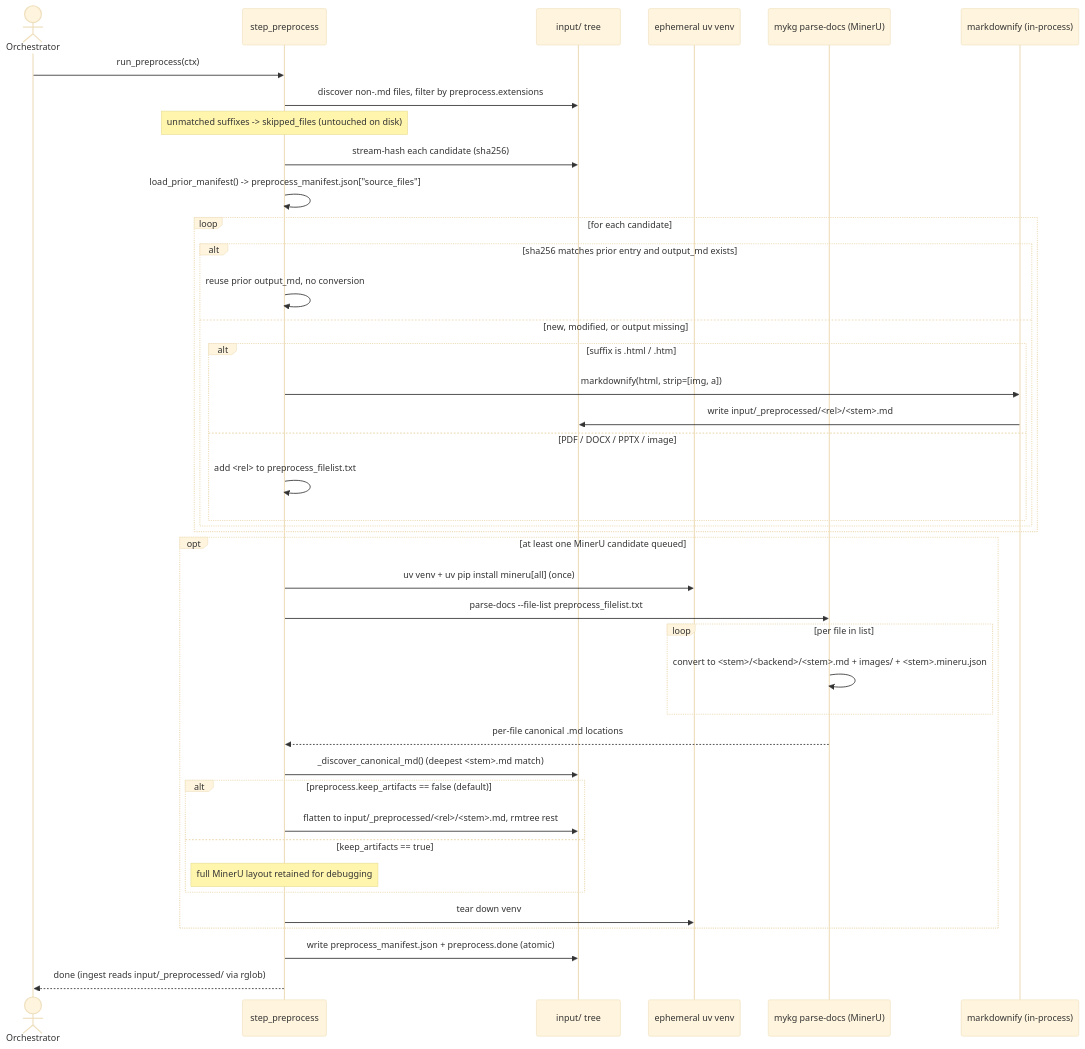
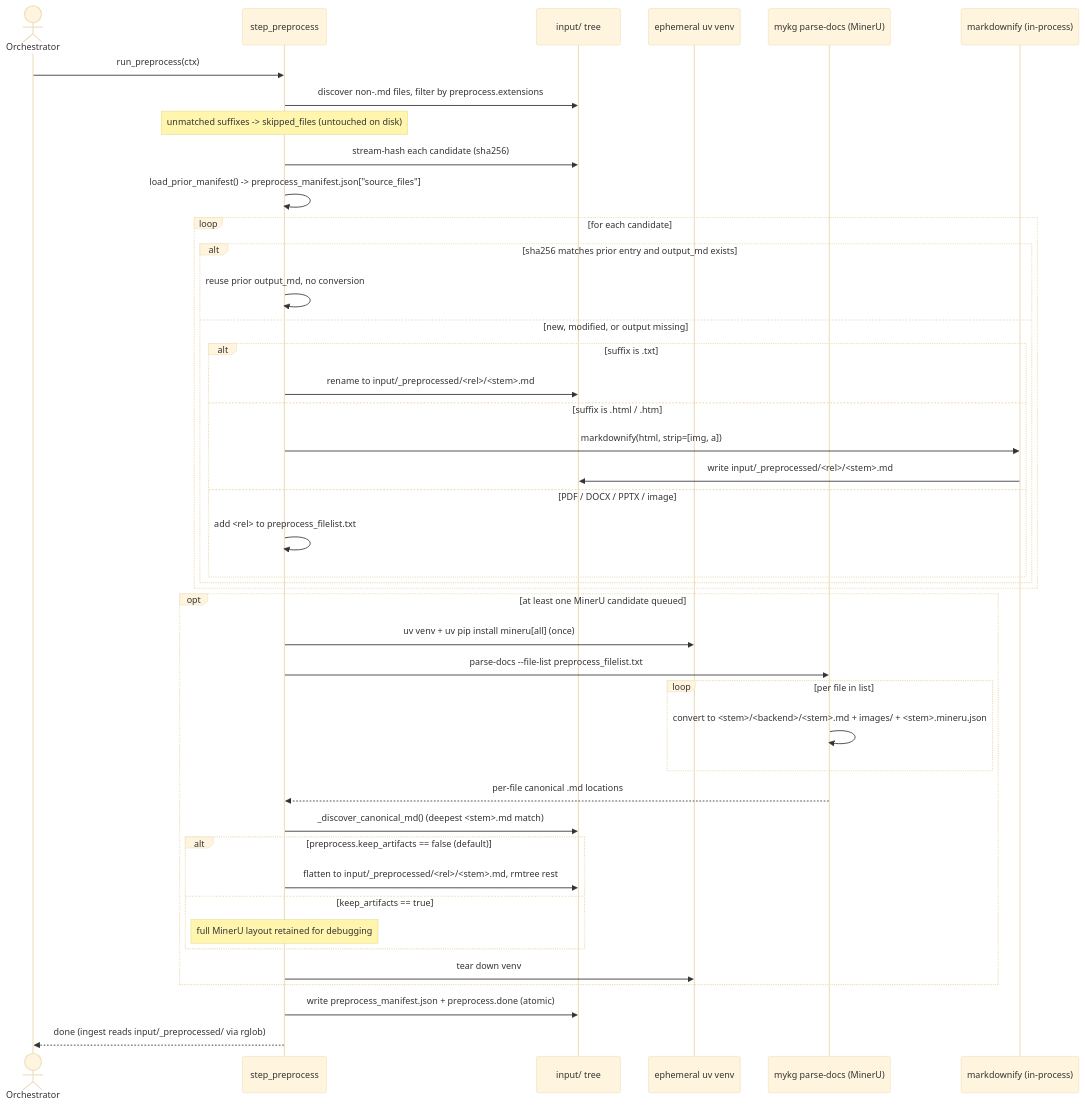
Before and after one commit to digital-codes/mykg: the fourth of 4 diagrams in docs/architecture.md, drawn with Mermaid (base theme). The commit also changed other lines of this file and 7 other files, not shown here.

First line of the commit message:
feat: add .txt file support to the preprocess step

````diff
--- a/docs/architecture.md
+++ b/docs/architecture.md
@@ -245,44 +246,46 @@
 ```mermaid
 sequenceDiagram
     actor Orchestrator
     participant Step as step_preprocess
     participant FS as input/ tree
     participant Venv as ephemeral uv venv
     participant MinerU as mykg parse-docs (MinerU)
     participant MD as markdownify (in-process)
 
     Orchestrator->>Step: run_preprocess(ctx)
     Step->>FS: discover non-.md files, filter by preprocess.extensions
     Note over Step: unmatched suffixes -> skipped_files (untouched on disk)
     Step->>FS: stream-hash each candidate (sha256)
     Step->>Step: load_prior_manifest() -> preprocess_manifest.json["source_files"]
     loop for each candidate
         alt sha256 matches prior entry and output_md exists
             Step->>Step: reuse prior output_md, no conversion
         else new, modified, or output missing
-            alt suffix is .html / .htm
+            alt suffix is .txt
+                Step->>FS: rename to input/_preprocessed/<rel>/<stem>.md
+            else suffix is .html / .htm
                 Step->>MD: markdownify(html, strip=[img, a])
                 MD->>FS: write input/_preprocessed/<rel>/<stem>.md
             else PDF / DOCX / PPTX / image
                 Step->>Step: add <rel> to preprocess_filelist.txt
             end
         end
     end
     opt at least one MinerU candidate queued
         Step->>Venv: uv venv + uv pip install mineru[all] (once)
         Step->>MinerU: parse-docs --file-list preprocess_filelist.txt
         loop per file in list
             MinerU->>MinerU: convert to <stem>/<backend>/<stem>.md + images/ + <stem>.mineru.json
         end
         MinerU-->>Step: per-file canonical .md locations
         Step->>FS: _discover_canonical_md() (deepest <stem>.md match)
         alt preprocess.keep_artifacts == false (default)
             Step->>FS: flatten to input/_preprocessed/<rel>/<stem>.md, rmtree rest
         else keep_artifacts == true
             Note over Step: full MinerU layout retained for debugging
         end
         Step->>Venv: tear down venv
     end
     Step->>FS: write preprocess_manifest.json + preprocess.done (atomic)
     Step-->>Orchestrator: done (ingest reads input/_preprocessed/ via rglob)
 ```
````
